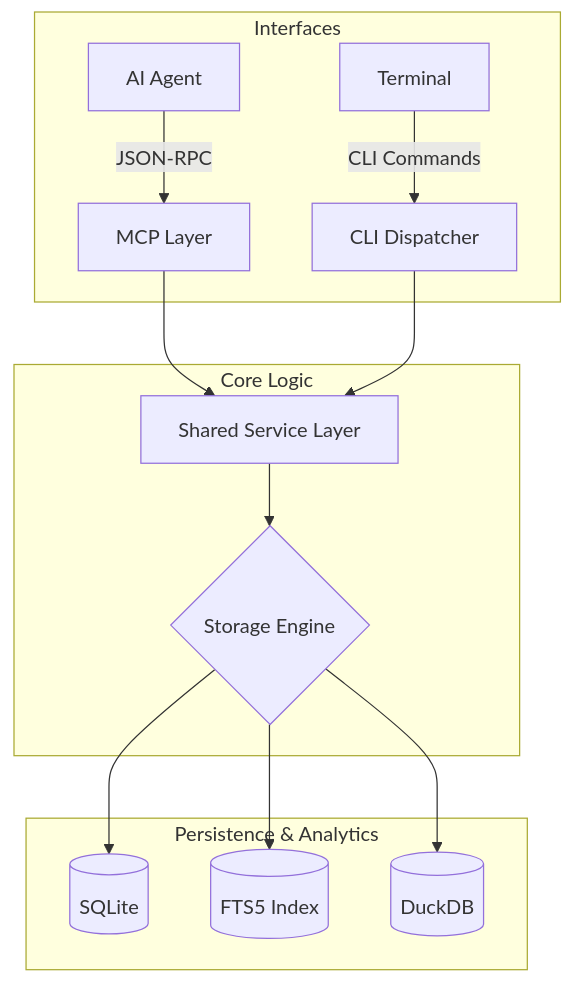
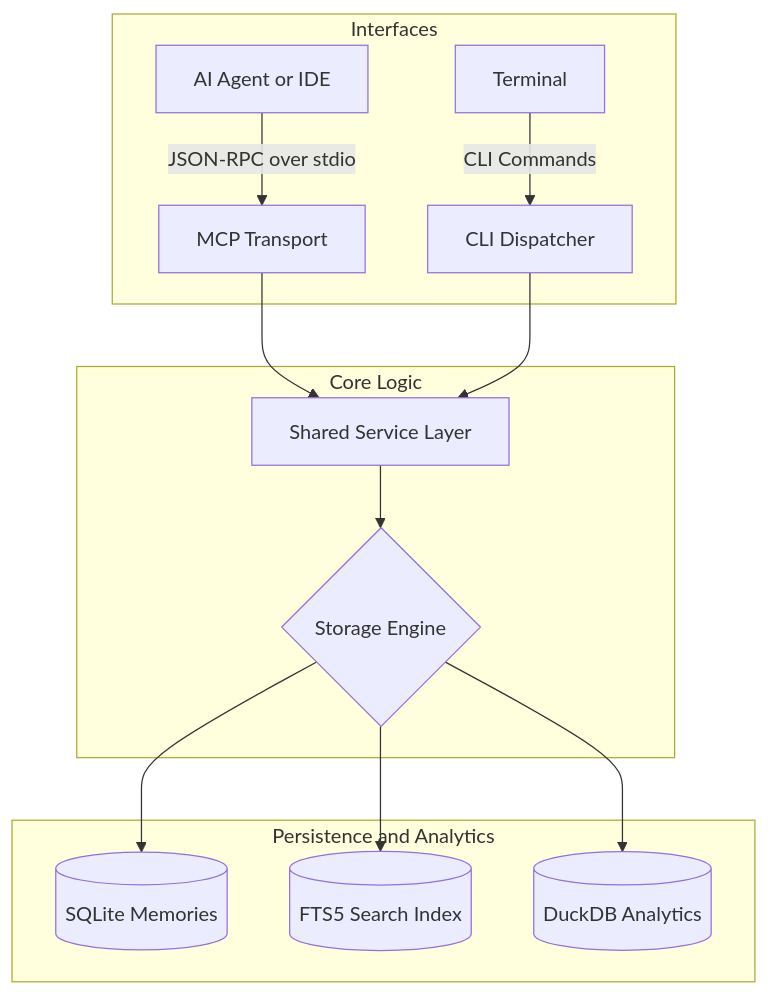
The diagram in README.md (victoriacheng15/echo), drawn with Mermaid before and after one commit. The commit also changed other lines of this file and 1 other file, not shown here.

````diff
--- a/README.md
+++ b/README.md
@@ -112,19 +34,19 @@
 ```mermaid
 graph TD
     subgraph "Interfaces"
-        A[AI Agent] -- "JSON-RPC" --> B[MCP Layer]
+        A[AI Agent or IDE] -- "JSON-RPC over stdio" --> B[MCP Transport]
         H[Terminal] -- "CLI Commands" --> I[CLI Dispatcher]
     end
 
     subgraph "Core Logic"
         B --> C[Shared Service Layer]
         I --> C
         C --> D{Storage Engine}
     end
 
-    subgraph "Persistence & Analytics"
-        D --> E[(SQLite)]
-        D --> F[(FTS5 Index)]
-        D --> G[(DuckDB)]
+    subgraph "Persistence and Analytics"
+        D --> E[(SQLite Memories)]
+        D --> F[(FTS5 Search Index)]
+        D --> G[(DuckDB Analytics)]
     end
 ```
````
